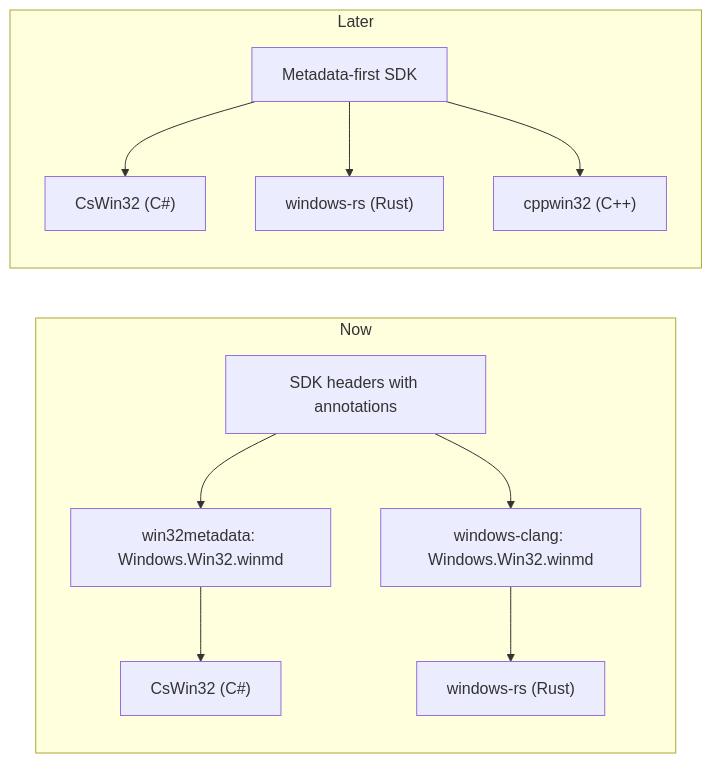
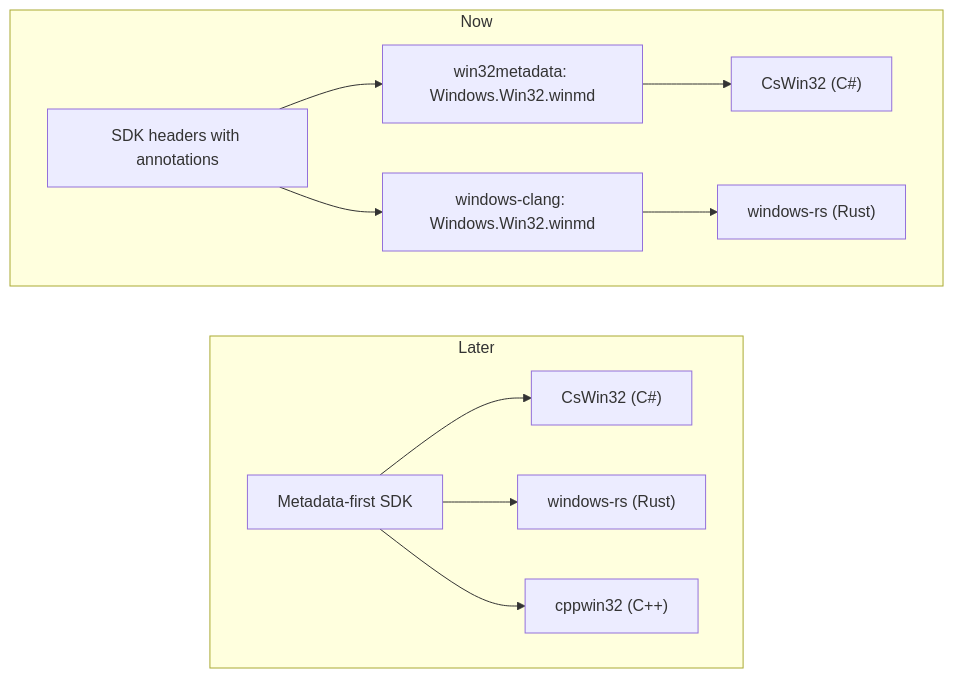
Before and after one commit to jevansaks/win32metadata: the first of 2 diagrams in sdk-owner-annotation-walkthrough.md, drawn with Mermaid.

Commit message:
Publish SDK annotation walkthrough deck
Copilot-Session: 798af260-b31f-403b-930f-3be97eef920b

````diff
--- a/sdk-owner-annotation-walkthrough.md
+++ b/sdk-owner-annotation-walkthrough.md
@@ -18,12 +18,15 @@
 ```mermaid
-flowchart LR
+flowchart TB
     subgraph Now
+        direction LR
         H["SDK headers with annotations"] --> W1["win32metadata: Windows.Win32.winmd"] --> C1["CsWin32 (C#)"]
         H --> W2["windows-clang: Windows.Win32.winmd"] --> R1["windows-rs (Rust)"]
     end
     subgraph Later
+        direction LR
         M["Metadata-first SDK"] --> C2["CsWin32 (C#)"]
         M --> R2["windows-rs (Rust)"]
         M --> P["cppwin32 (C++)"]
     end
+    Now ~~~ Later
 ```
````
